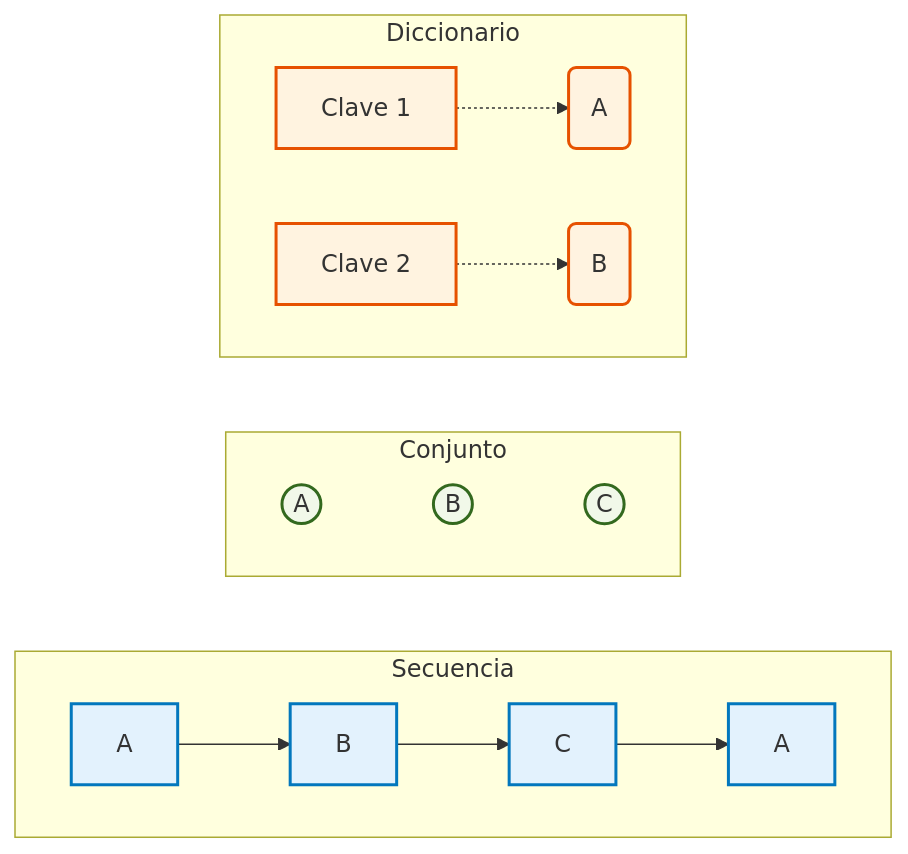
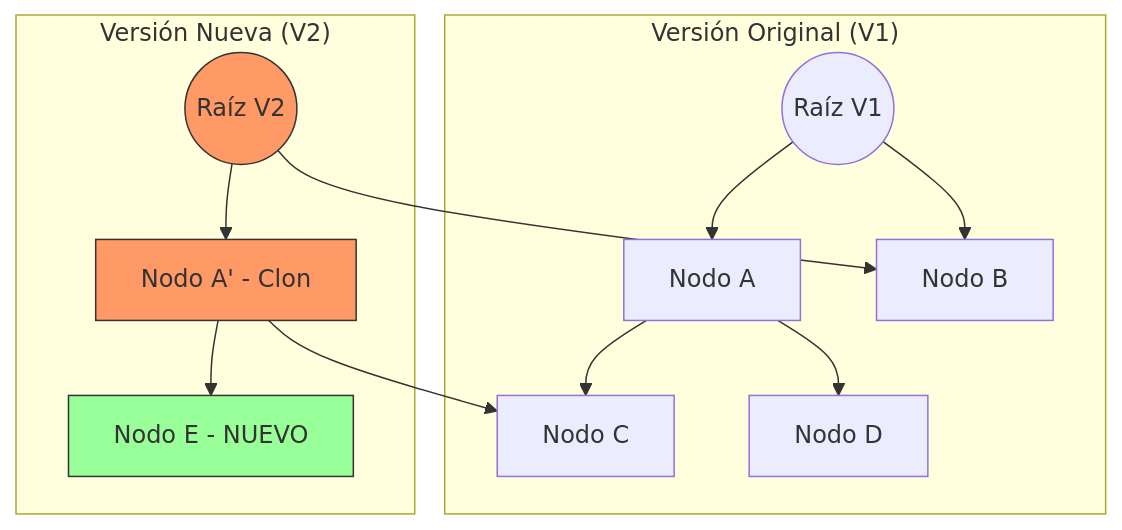
Before and after one commit to INGCOM-UNRN-PII/INGCOM-UNRN-PII.github.io: the first of 21 diagrams in parte_6/secuencias/fundamentos.md, drawn with Mermaid. The commit also changed other lines of this file and 6 other files, not shown here.

````diff
--- a/parte_6/secuencias/fundamentos.md
+++ b/parte_6/secuencias/fundamentos.md
@@ -53,26 +179,18 @@
-```{mermaid}
-flowchart LR
-    subgraph Secuencia
-        direction LR
-        S1[A] --> S2[B] --> S3[C] --> S4[A]
+```mermaid
+graph TD
+    subgraph "Versión Original (V1)"
+    R1((Raíz V1)) --> A[Nodo A]
+    R1 --> B[Nodo B]
+    A --> C[Nodo C]
+    A --> D[Nodo D]
     end
-    
-    subgraph Conjunto
-        direction LR
-        C1((A)) ~~~ C2((B)) ~~~ C3((C))
+    subgraph "Versión Nueva (V2)"
+    R2((Raíz V2)) --> A'[Nodo A' - Clon]
+    R2 --> B
+    A' --> C
+    A' --> E[Nodo E - NUEVO]
     end
-    
-    subgraph Diccionario
-        direction LR
-        D1[Clave 1] -.-> V1(A)
-        D2[Clave 2] -.-> V2(B)
-    end
-    
-    classDef seq fill:#e3f2fd,stroke:#0277bd,stroke-width:2px;
-    classDef set fill:#f1f8e9,stroke:#33691e,stroke-width:2px;
-    classDef map fill:#fff3e0,stroke:#e65100,stroke-width:2px;
-    
-    class S1,S2,S3,S4 seq;
-    class C1,C2,C3 set;
-    class D1,V1,D2,V2 map;
+    style R2 fill:#f96,stroke:#333
+    style A' fill:#f96,stroke:#333
+    style E fill:#9f9,stroke:#333
 ```
````
